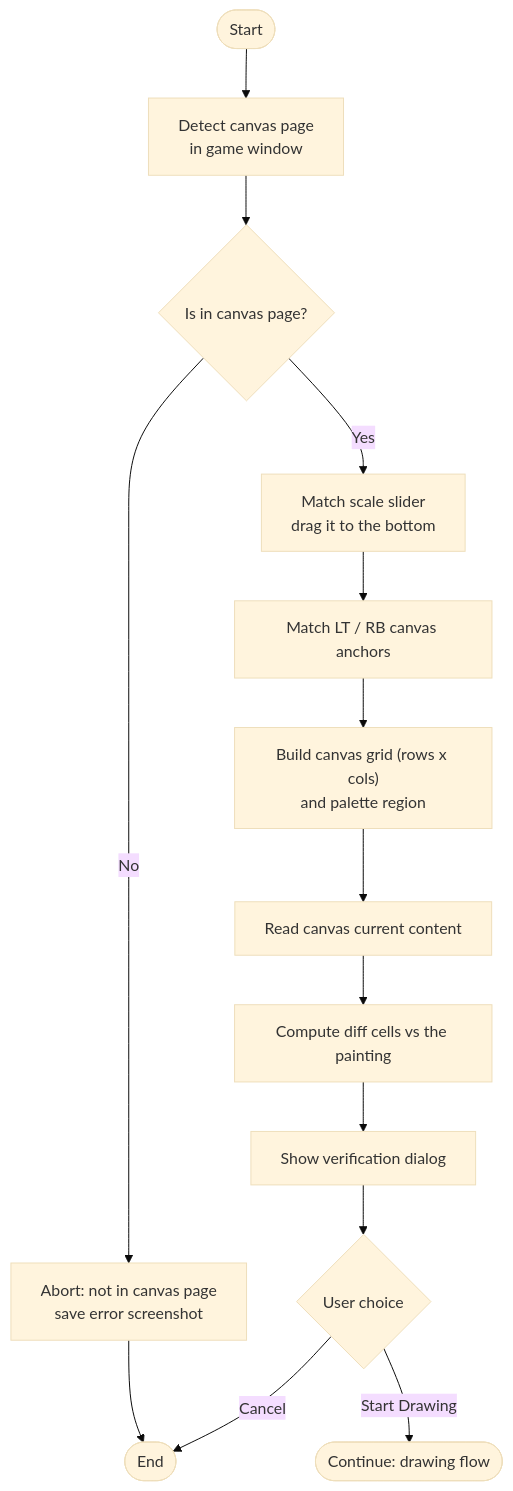
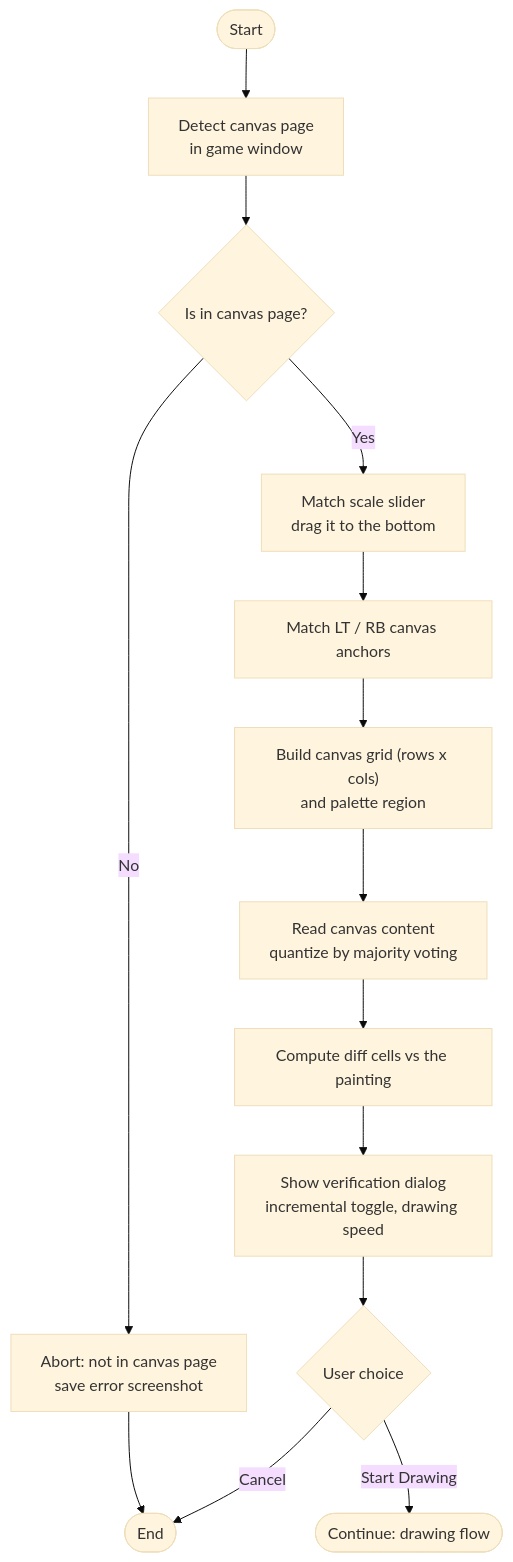
One commit to isHarryh/Ark-Picit changed the first of 2 diagrams in README.md. Above: the diagram before and after it, drawn with Mermaid (base theme). The commit also changed other lines of this file and 12 other files, not shown here.

````diff
--- a/README.md
+++ b/README.md
@@ -109,16 +114,16 @@
 ```mermaid
 flowchart TD
     A([Start]) --> B["Detect canvas page<br/>in game window"]
     B --> C{"Is in canvas page?"}
     C -- "No" --> ERR1["Abort: not in canvas page<br/>save error screenshot"]
     C -- "Yes" --> D["Match scale slider<br/>drag it to the bottom"]
     D --> E["Match LT / RB canvas anchors"]
     E --> F["Build canvas grid (rows x cols)<br/>and palette region"]
-    F --> G["Read canvas current content"]
+    F --> G["Read canvas content<br/>quantize by majority voting"]
     G --> H["Compute diff cells vs the painting"]
-    H --> I["Show verification dialog"]
+    H --> I["Show verification dialog<br/>incremental toggle, drawing speed"]
     I --> J{"User choice"}
     J -- "Cancel" --> Z([End])
     J -- "Start Drawing" --> X(["Continue: drawing flow"])
     ERR1 --> Z
 ```
````
